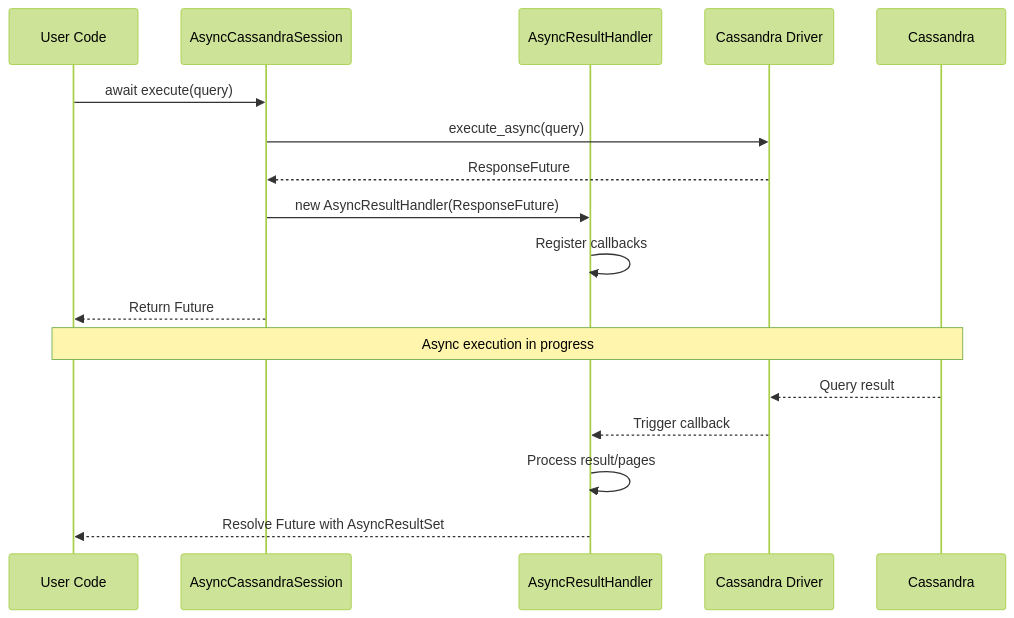
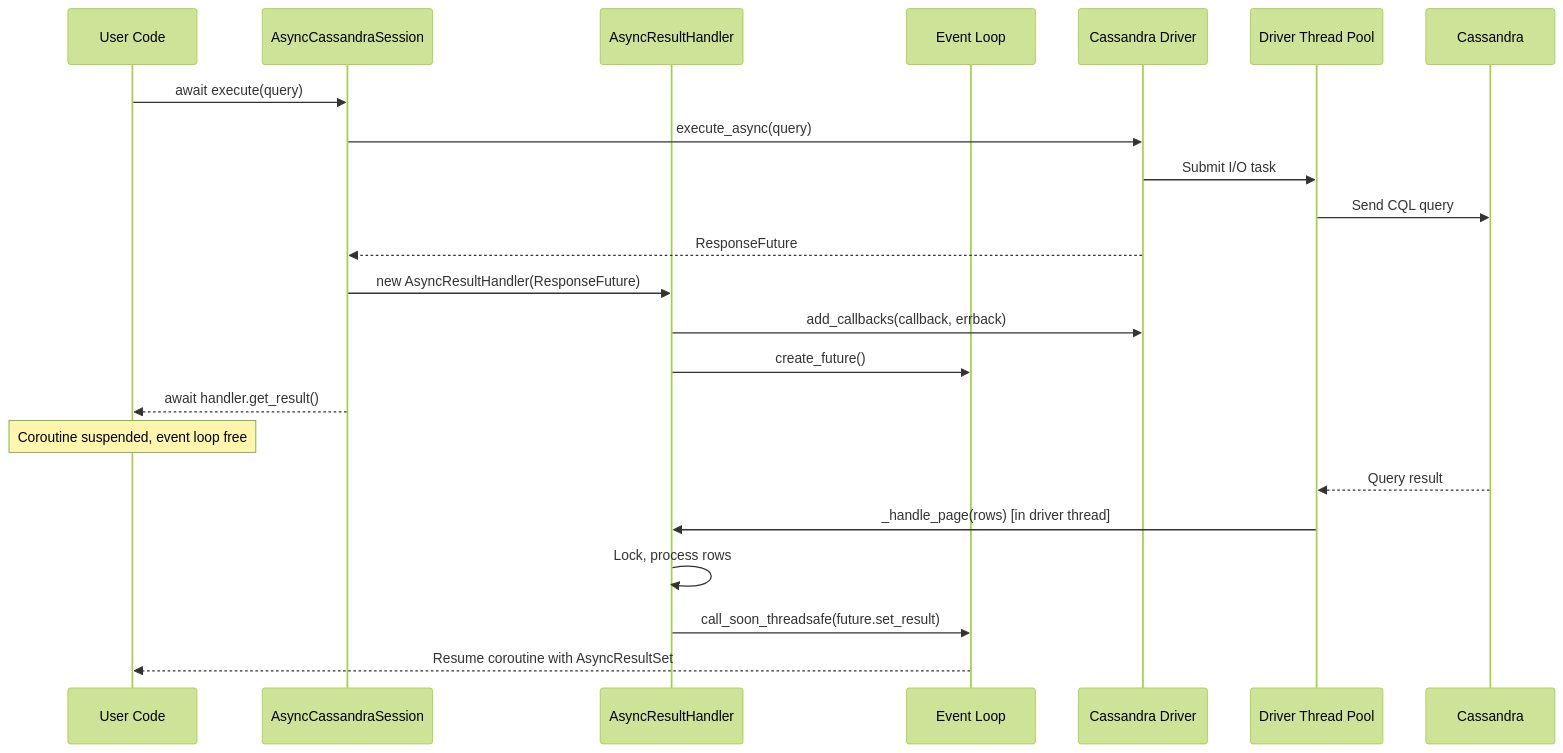
One commit to axonops/async-python-cassandra-client changed the third of 4 diagrams in docs/architecture.md. Above: the diagram before and after it, drawn with Mermaid (forest theme). The commit also changed other lines of this file and 1 other file, not shown here.

Commit message:
updating streaming and architecture docs

````diff
--- a/docs/architecture.md
+++ b/docs/architecture.md
@@ -92,22 +197,28 @@
 ```mermaid
 sequenceDiagram
     participant User as User Code
     participant Session as AsyncCassandraSession
     participant Handler as AsyncResultHandler
+    participant EventLoop as Event Loop
     participant Driver as Cassandra Driver
+    participant ThreadPool as Driver Thread Pool
     participant DB as Cassandra
 
     User->>Session: await execute(query)
     Session->>Driver: execute_async(query)
+    Driver->>ThreadPool: Submit I/O task
+    ThreadPool->>DB: Send CQL query
     Driver-->>Session: ResponseFuture
     Session->>Handler: new AsyncResultHandler(ResponseFuture)
-    Handler->>Handler: Register callbacks
-    Session-->>User: Return Future
+    Handler->>Driver: add_callbacks(callback, errback)
+    Handler->>EventLoop: create_future()
+    Session-->>User: await handler.get_result()
 
-    Note over User,DB: Async execution in progress
+    Note over User: Coroutine suspended, event loop free
 
-    DB-->>Driver: Query result
-    Driver-->>Handler: Trigger callback
-    Handler->>Handler: Process result/pages
-    Handler-->>User: Resolve Future with AsyncResultSet
+    DB-->>ThreadPool: Query result
+    ThreadPool->>Handler: _handle_page(rows) [in driver thread]
+    Handler->>Handler: Lock, process rows
+    Handler->>EventLoop: call_soon_threadsafe(future.set_result)
+    EventLoop-->>User: Resume coroutine with AsyncResultSet
 ```
````
